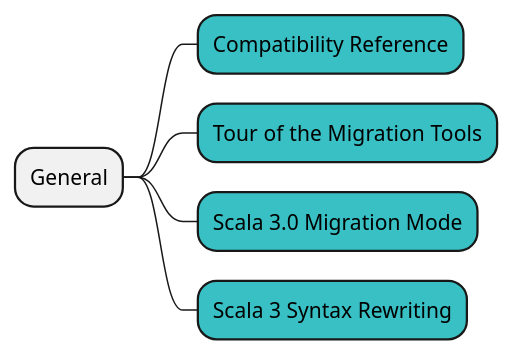
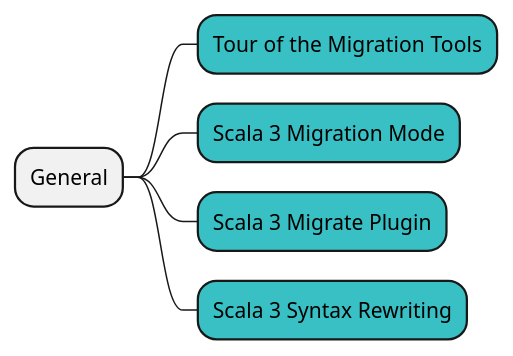
One commit to shinharad/getting-started-with-scala3 changed the third of 7 diagrams in docs/step01/04_Migration_guideを俯瞰してみる.md. Above: the diagram before and after it, drawn with PlantUML. The commit also changed other lines of this file and 5 other files, not shown here.

````diff
--- a/docs/step01/04_Migration_guideを俯瞰してみる.md
+++ b/docs/step01/04_Migration_guideを俯瞰してみる.md
@@ -38,9 +51,9 @@
 ```plantuml
 @startmindmap
 * General
-**[#38c0c4] Compatibility Reference
 **[#38c0c4] Tour of the Migration Tools
-**[#38c0c4] Scala 3.0 Migration Mode
+**[#38c0c4] Scala 3 Migration Mode
+**[#38c0c4] Scala 3 Migrate Plugin
 **[#38c0c4] Scala 3 Syntax Rewriting
 @endmindmap
 ```
````
